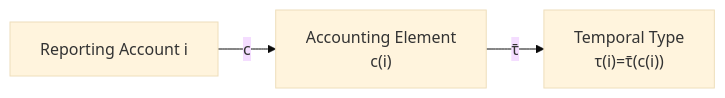
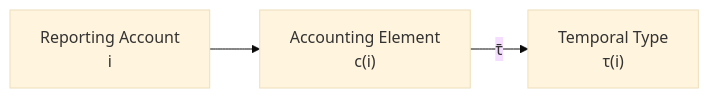
One commit to niikei/accounting-state-model changed the first of 2 diagrams in theory/04-accounts-and-classification.md. Above: the diagram before and after it, drawn with Mermaid (base theme). The commit also changed other lines of this file and 8 other files, not shown here.

````diff
--- a/theory/04-accounts-and-classification.md
+++ b/theory/04-accounts-and-classification.md
@@ -278,11 +233,9 @@
 ```mermaid
 flowchart LR
-    ACCOUNT["Reporting Account i"]
+    ACCOUNT["Reporting Account<br/>i"]
+    ELEMENT["Accounting Element<br/>c(i)"]
+    TYPE["Temporal Type<br/>τ(i)"]
 
-    ELEMENT["Accounting Element<br/>c(i)"]
-
-    TYPE["Temporal Type<br/>τ(i)=τ̄(c(i))"]
-
-    ACCOUNT -->|"c"| ELEMENT
+    ACCOUNT --> ELEMENT
     ELEMENT -->|"τ̄"| TYPE
 ```
````
